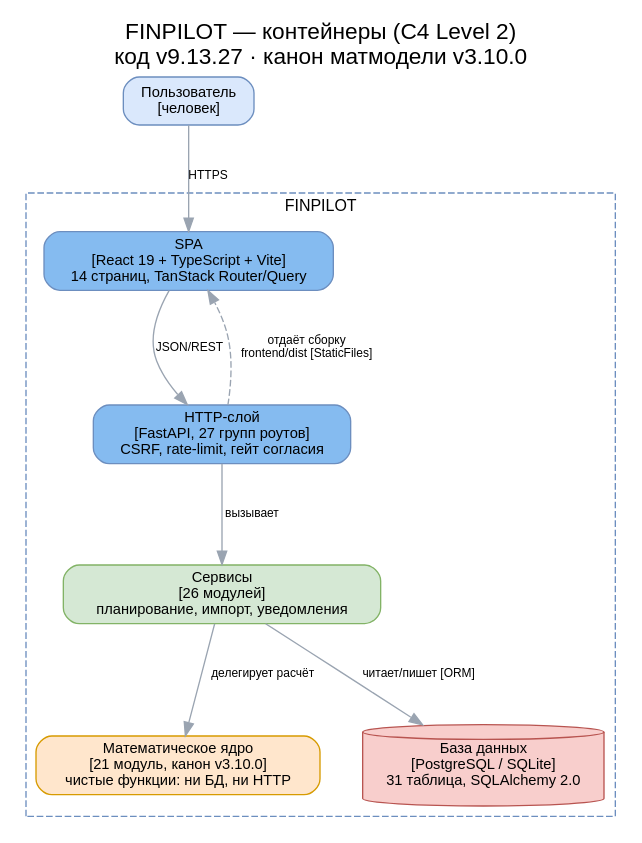
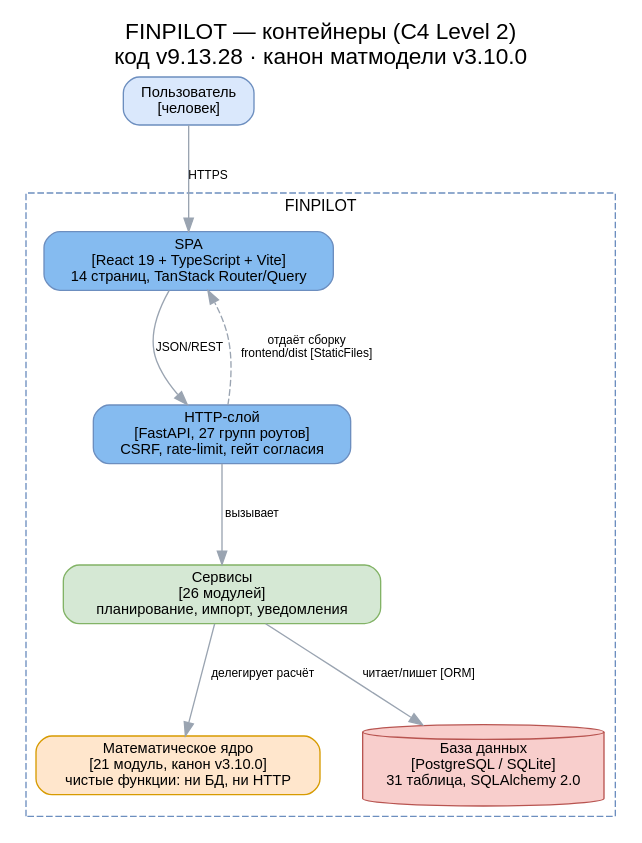
One commit to vevdokimovm/personal-finance-dss changed the diagram in docs/diagrams/src/05_c4_container.dot. Above: the diagram before and after it, drawn with Graphviz. The commit also changed 43 other files, not shown here.

Commit message:
personal-finance-dss v9.13.28 — превью у всех диаграмм, README актуализирован, добавлены схемы и лого

```diff
--- a/docs/diagrams/src/05_c4_container.dot
+++ b/docs/diagrams/src/05_c4_container.dot
@@ -1,30 +1,30 @@
 digraph container {
   graph [rankdir=TB, fontname="Helvetica", labelloc=t, fontsize=17,
-         label="FINPILOT — контейнеры (C4 Level 2)\nкод v9.13.27 · канон матмодели v3.10.0",
+         label="FINPILOT — контейнеры (C4 Level 2)\nкод v9.13.28 · канон матмодели v3.10.0",
          nodesep=0.45, ranksep=0.9];
   node [fontname="Helvetica", fontsize=11, style="rounded,filled", shape=box];
   edge [color="#9aa4b1", fontname="Helvetica", fontsize=9];
 
   user [label="Пользователь\n[человек]", fillcolor="#dae8fc", color="#6c8ebf"];
 
   subgraph cluster_app {
     label="FINPILOT"; fontname="Helvetica"; fontsize=12; color="#6c8ebf"; style=dashed;
     spa [label="SPA\n[React 19 + TypeScript + Vite]\n14 страниц, TanStack Router/Query",
          fillcolor="#85BBF0", color="#6c8ebf", width=2.6];
     api [label="HTTP-слой\n[FastAPI, 27 групп роутов]\nCSRF, rate-limit, гейт согласия",
          fillcolor="#85BBF0", color="#6c8ebf", width=2.6];
     svc [label="Сервисы\n[26 модулей]\nпланирование, импорт, уведомления",
          fillcolor="#d5e8d4", color="#82b366", width=2.6];
     core [label="Математическое ядро\n[21 модуль, канон v3.10.0]\nчистые функции: ни БД, ни HTTP",
           fillcolor="#ffe6cc", color="#d79b00", width=2.6];
     db [label="База данных\n[PostgreSQL / SQLite]\n31 таблица, SQLAlchemy 2.0",
         shape=cylinder, fillcolor="#f8cecc", color="#b85450", width=2.2];
   }
 
   user -> spa [label="HTTPS"];
   spa -> api [label="JSON/REST"];
   api -> svc [label="вызывает"];
   svc -> core [label="делегирует расчёт"];
   svc -> db [label="читает/пишет [ORM]"];
   api -> spa [label="отдаёт сборку\nfrontend/dist [StaticFiles]", style=dashed];
 }
```
